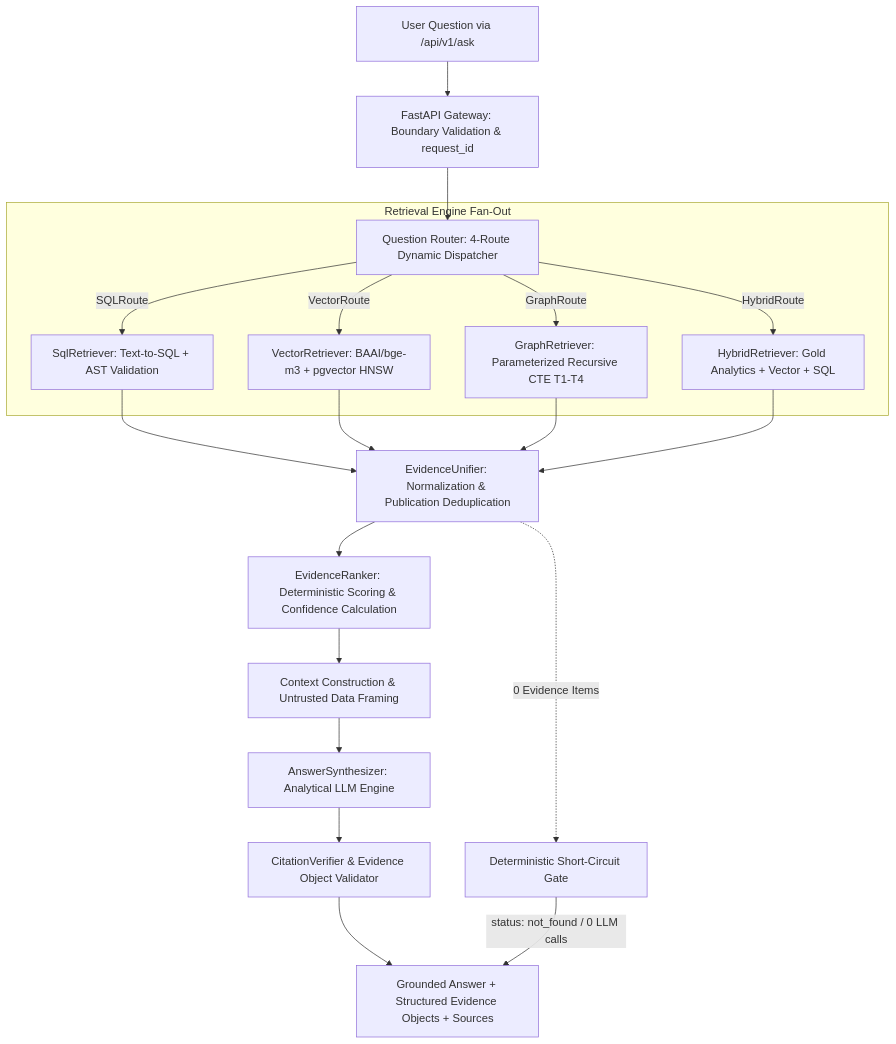
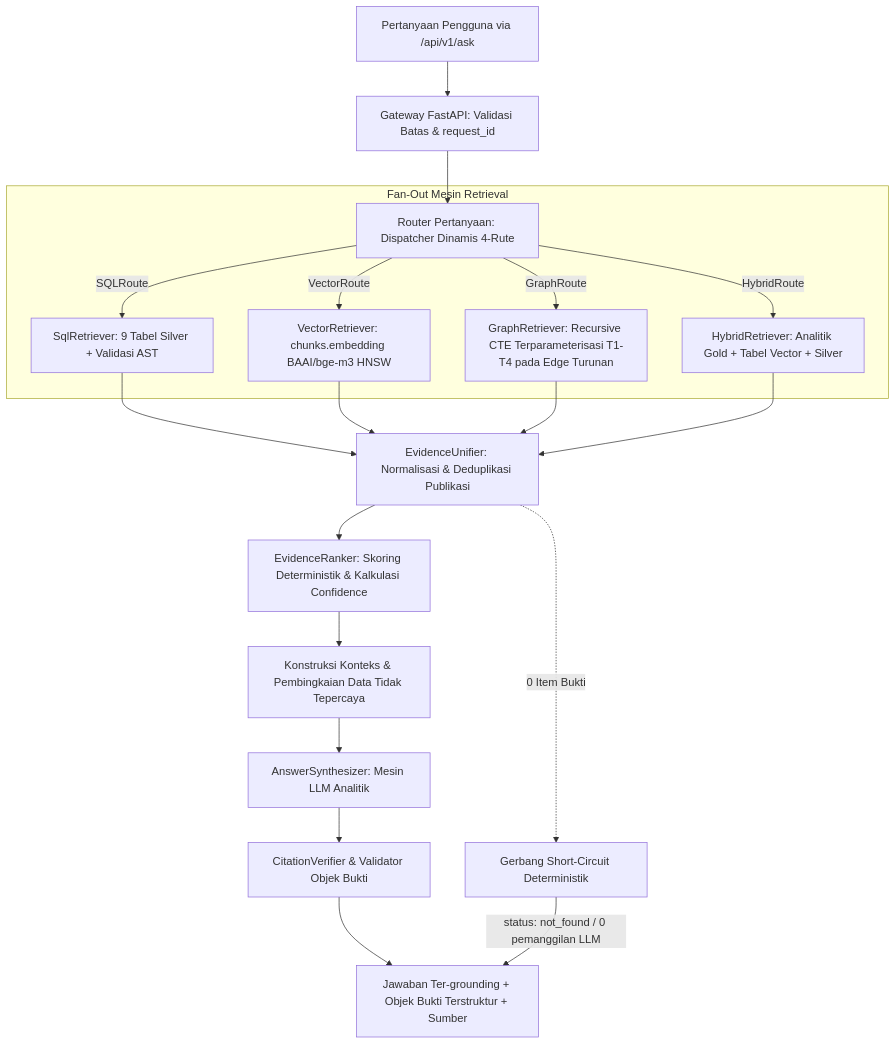
One commit to CodeByAbi/AI-Bibliometrics changed the first of 3 diagrams in docs/05 Retrieval Rag Design.md. Above: the diagram before and after it, drawn with Mermaid. The commit also changed other lines of this file and 12 other files, not shown here.

````diff
--- a/docs/05 Retrieval Rag Design.md
+++ b/docs/05 Retrieval Rag Design.md
@@ -34,26 +37,26 @@
 ```mermaid
 flowchart TD
-    UserQuery[User Question via /api/v1/ask] --> Gateway[FastAPI Gateway: Boundary Validation & request_id]
-    Gateway --> Router[Question Router: 4-Route Dynamic Dispatcher]
+    UserQuery[Pertanyaan Pengguna via /api/v1/ask] --> Gateway[Gateway FastAPI: Validasi Batas & request_id]
+    Gateway --> Router[Router Pertanyaan: Dispatcher Dinamis 4-Rute]
     
-    subgraph RetrievalEngine [Retrieval Engine Fan-Out]
-        Router -->|SQLRoute| SQLR[SqlRetriever: Text-to-SQL + AST Validation]
-        Router -->|VectorRoute| VecR[VectorRetriever: BAAI/bge-m3 + pgvector HNSW]
-        Router -->|GraphRoute| GraphR[GraphRetriever: Parameterized Recursive CTE T1-T4]
-        Router -->|HybridRoute| HybR[HybridRetriever: Gold Analytics + Vector + SQL]
+    subgraph RetrievalEngine [Fan-Out Mesin Retrieval]
+        Router -->|SQLRoute| SQLR[SqlRetriever: 9 Tabel Silver + Validasi AST]
+        Router -->|VectorRoute| VecR[VectorRetriever: chunks.embedding BAAI/bge-m3 HNSW]
+        Router -->|GraphRoute| GraphR[GraphRetriever: Recursive CTE Terparameterisasi T1-T4 pada Edge Turunan]
+        Router -->|HybridRoute| HybR[HybridRetriever: Analitik Gold + Tabel Vector + Silver]
     end
 
-    SQLR --> Unifier[EvidenceUnifier: Normalization & Publication Deduplication]
+    SQLR --> Unifier[EvidenceUnifier: Normalisasi & Deduplikasi Publikasi]
     VecR --> Unifier
     GraphR --> Unifier
     HybR --> Unifier
 
-    Unifier --> Ranker[EvidenceRanker: Deterministic Scoring & Confidence Calculation]
-    Ranker --> Context[Context Construction & Untrusted Data Framing]
-    Context --> Synth[AnswerSynthesizer: Analytical LLM Engine]
-    Synth --> Verifier[CitationVerifier & Evidence Object Validator]
-    Verifier --> Output[Grounded Answer + Structured Evidence Objects + Sources]
+    Unifier --> Ranker[EvidenceRanker: Skoring Deterministik & Kalkulasi Confidence]
+    Ranker --> Context[Konstruksi Konteks & Pembingkaian Data Tidak Tepercaya]
+    Context --> Synth[AnswerSynthesizer: Mesin LLM Analitik]
+    Synth --> Verifier[CitationVerifier & Validator Objek Bukti]
+    Verifier --> Output[Jawaban Ter-grounding + Objek Bukti Terstruktur + Sumber]
 
-    Unifier -.->|0 Evidence Items| ShortCircuit[Deterministic Short-Circuit Gate]
-    ShortCircuit -->|status: not_found / 0 LLM calls| Output
+    Unifier -.->|0 Item Bukti| ShortCircuit[Gerbang Short-Circuit Deterministik]
+    ShortCircuit -->|status: not_found / 0 pemanggilan LLM| Output
 ```
````
